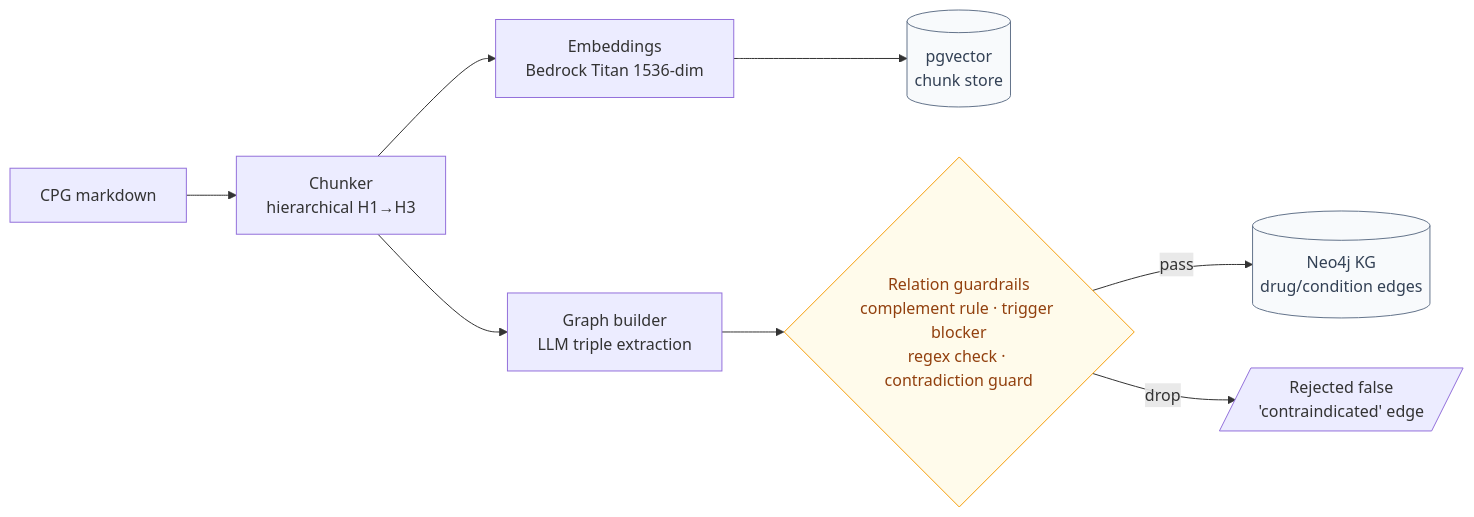
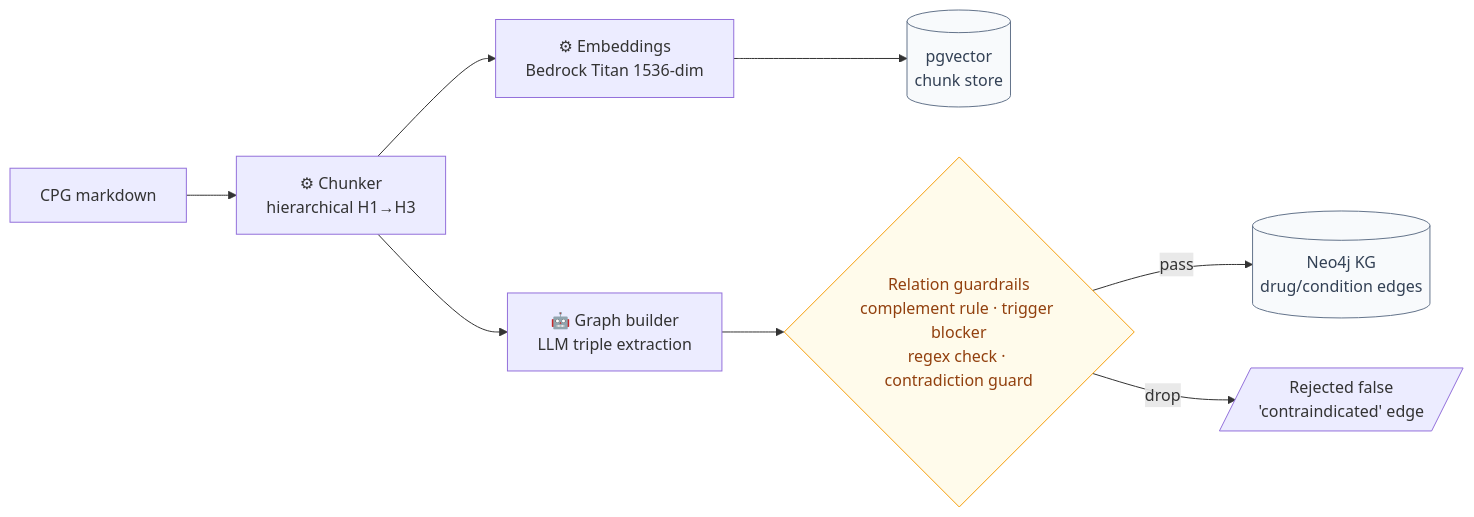
One commit to itznotpk/CPG-LLM-Agentic-RAG-Knowledge-Graph changed the fourth of 8 diagrams in POSTER_LAYOUT.md. Above: the diagram before and after it, drawn with Mermaid. The commit also changed other lines of this file, not shown here.

First line of the commit message:
docs: refine POSTER_LAYOUT moats, SDGs, and architecture diagrams

````diff
--- a/POSTER_LAYOUT.md
+++ b/POSTER_LAYOUT.md
@@ -663,15 +881,15 @@
 ```mermaid
 flowchart LR
-    A[CPG markdown] --> B[Chunker<br/>hierarchical H1→H3]
-    B --> C[Embeddings<br/>Bedrock Titan 1536-dim]
-    B --> D[Graph builder<br/>LLM triple extraction]
+    A[CPG markdown] --> B["⚙ Chunker<br/>hierarchical H1→H3"]
+    B --> C["⚙ Embeddings<br/>Bedrock Titan 1536-dim"]
+    B --> D["🤖 Graph builder<br/>LLM triple extraction"]
     C --> E[("pgvector<br/>chunk store")]
     D --> F{Relation guardrails<br/>complement rule · trigger blocker<br/>regex check · contradiction guard}
     F -- pass --> G[("Neo4j KG<br/>drug/condition edges")]
     F -- drop --> X[/Rejected false<br/>'contraindicated' edge/]
 
     classDef store fill:#f8fafc,stroke:#64748b,color:#334155;
     classDef guard fill:#fffbeb,stroke:#f59e0b,color:#92400e;
     class E,G store;
     class F guard;
 ```
````
